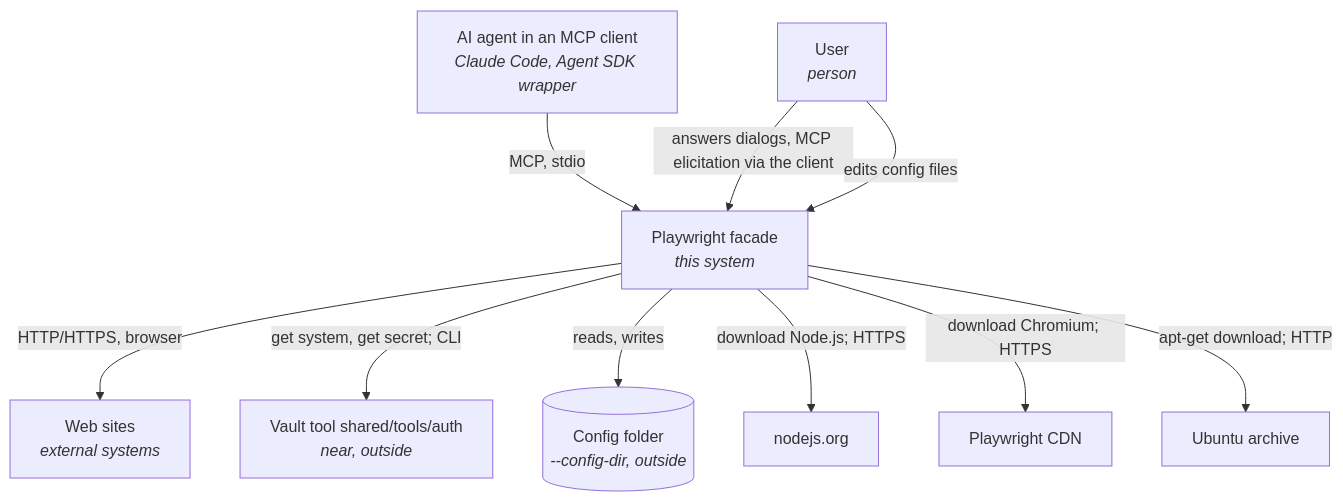
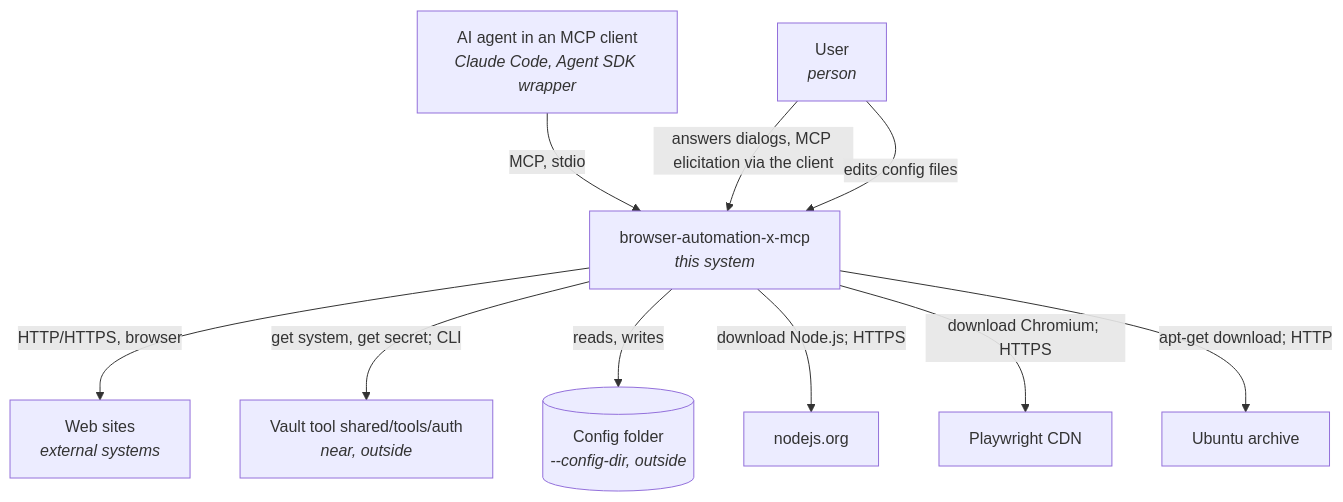
One commit to npstash/shared changed the first of 6 diagrams in tools/browser-automation-x-mcp/sdd/DESIGN.md. Above: the diagram before and after it, drawn with Mermaid. The commit also changed other lines of this file and 46 other files, not shown here.

First line of the commit message:
browser-automation-x-mcp: one MCP server on Playwright and Chromium only; neutral naming

````diff
--- a/tools/browser-automation-x-mcp/sdd/DESIGN.md
+++ b/tools/browser-automation-x-mcp/sdd/DESIGN.md
@@ -39,12 +39,12 @@
 ```mermaid
 flowchart TD
-    A[AI agent in an MCP client<br/><i>Claude Code, Agent SDK wrapper</i>] -->|MCP, stdio| S[Playwright facade<br/><i>this system</i>]
+    A[AI agent in an MCP client<br/><i>Claude Code, Agent SDK wrapper</i>] -->|MCP, stdio| S[browser-automation-x-mcp<br/><i>this system</i>]
     U[User<br/><i>person</i>] -->|answers dialogs, MCP elicitation via the client| S
     U -->|edits config files| S
     S -->|HTTP/HTTPS, browser| W[Web sites<br/><i>external systems</i>]
     S -->|get system, get secret; CLI| V[Vault tool shared/tools/auth<br/><i>near, outside</i>]
     S -->|reads, writes| K[(Config folder<br/><i>--config-dir, outside</i>)]
     S -->|download Node.js; HTTPS| N[nodejs.org]
     S -->|download Chromium; HTTPS| P[Playwright CDN]
     S -->|apt-get download; HTTP| D[Ubuntu archive]
 ```
````
